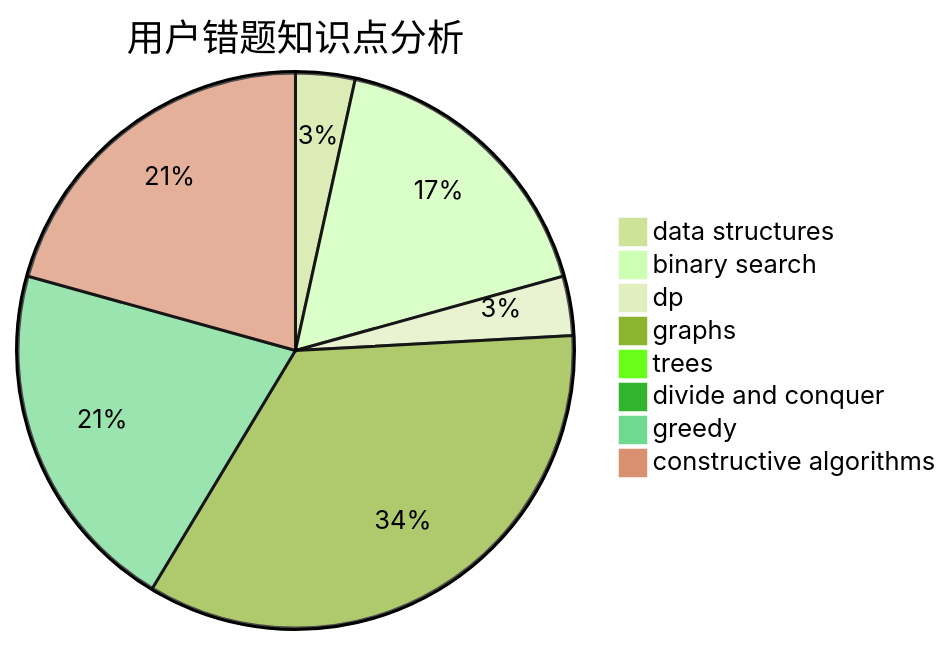
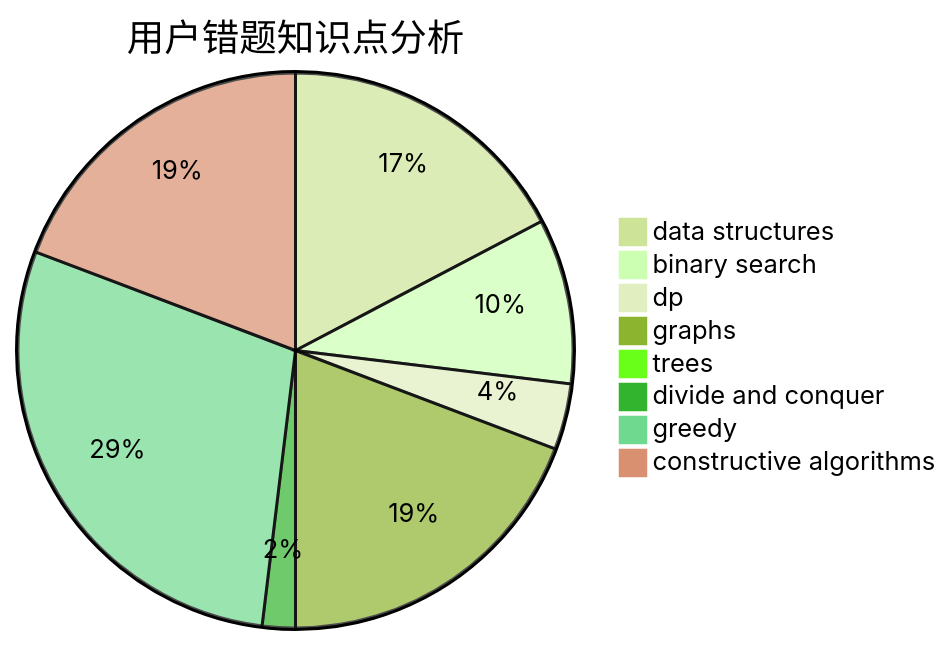
One commit to sherpahu/cfrs.github.io changed the third of 3 diagrams in docs/user/u243.md. Above: the diagram before and after it, drawn with Mermaid (forest theme). The commit also changed other lines of this file and 2770 other files, not shown here.

````diff
--- a/docs/user/u243.md
+++ b/docs/user/u243.md
@@ -36,11 +36,11 @@
 ```mermaid
 pie title 用户错题知识点分析
-    "data structures" :  1
+    "data structures" :  9
     "binary search" :  5
-    "dp" :  1
+    "dp" :  2
     "graphs" :  10
     "trees" :  0
-    "divide and conquer" :  0
-    "greedy" :  6
-    "constructive algorithms" :  6
+    "divide and conquer" :  1
+    "greedy" :  15
+    "constructive algorithms" :  10
 ```
````
